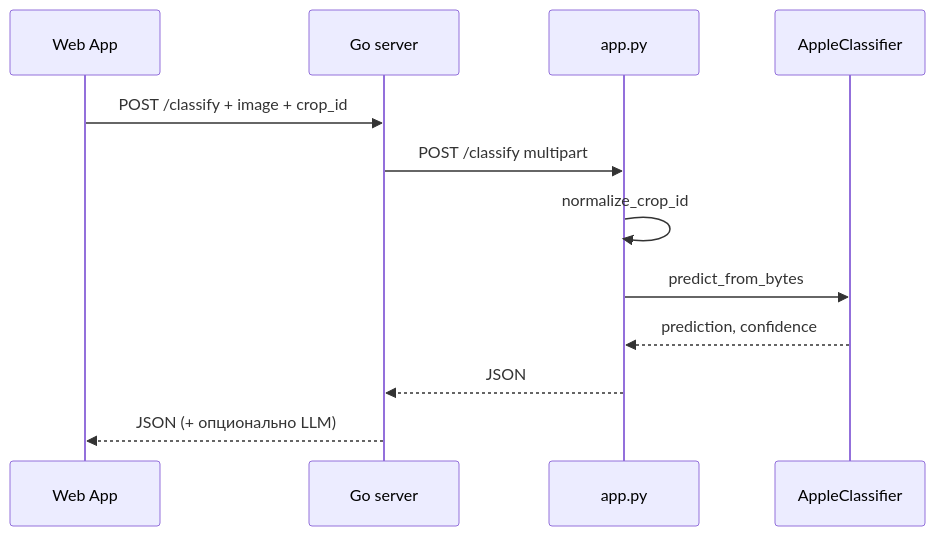
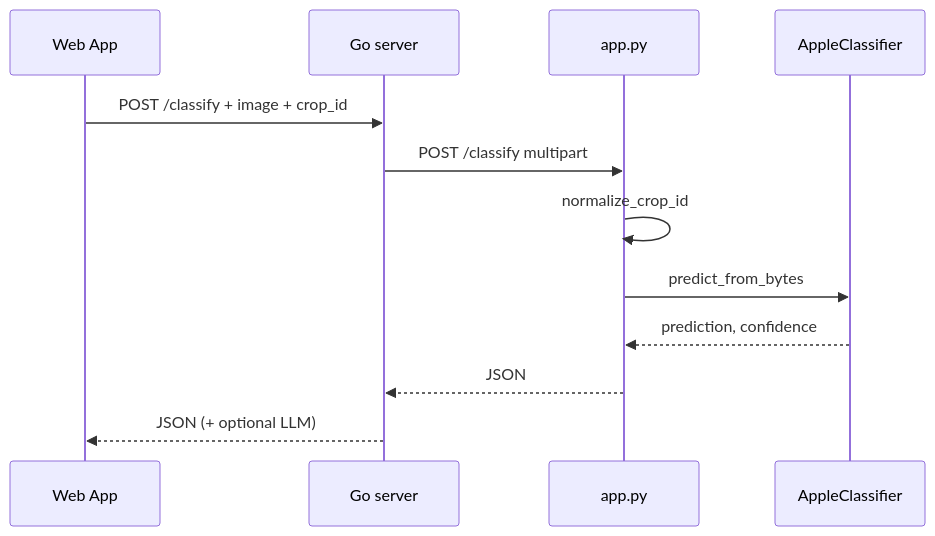
One commit to kantik001/grounded_horticulture_en changed the diagram in docs/knowledge-base/python-api.md. Above: the diagram before and after it, drawn with Mermaid. The commit also changed other lines of this file and 189 other files, not shown here.

````diff
--- a/docs/knowledge-base/python-api.md
+++ b/docs/knowledge-base/python-api.md
@@ -195,15 +195,15 @@
 ```mermaid
 sequenceDiagram
     participant UI as Web App
     participant Go as Go server
     participant Py as app.py
     participant CV as AppleClassifier
 
     UI->>Go: POST /classify + image + crop_id
     Go->>Py: POST /classify multipart
     Py->>Py: normalize_crop_id
     Py->>CV: predict_from_bytes
     CV-->>Py: prediction, confidence
     Py-->>Go: JSON
-    Go-->>UI: JSON (+ опционально LLM)
+    Go-->>UI: JSON (+ optional LLM)
 ```
````
